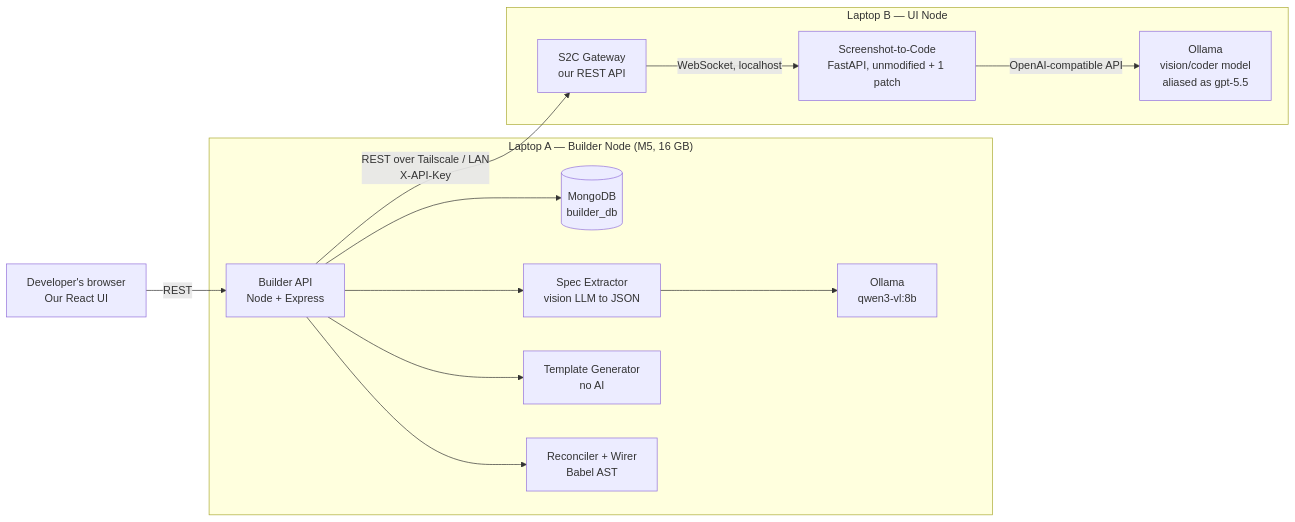
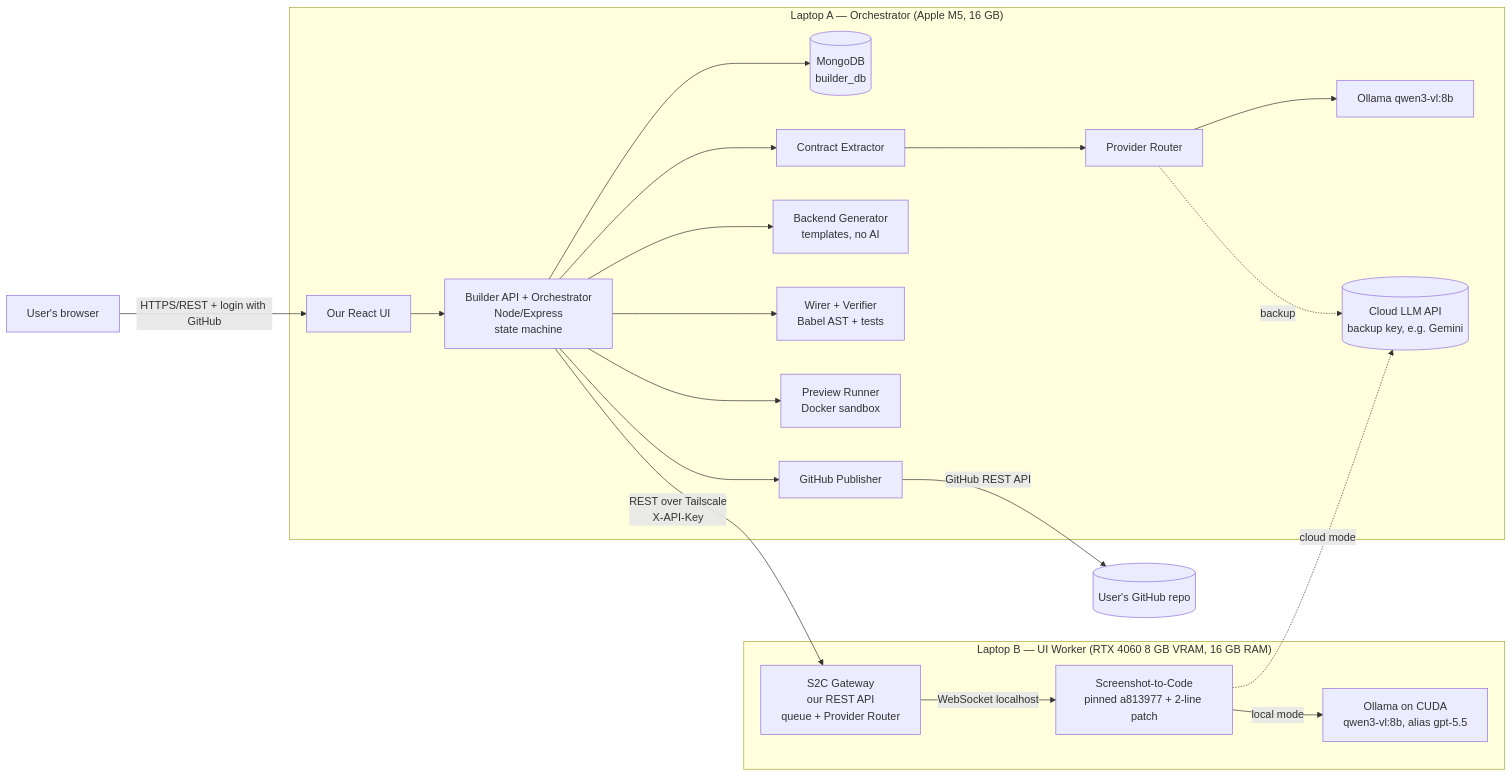
The first of 2 diagrams in ARCHITECTURE.md (harmandugri15/AndarKaCode), drawn with Mermaid before and after one commit. The commit also changed other lines of this file, not shown here.

Commit message:
Update architecture documentation

````diff
--- a/ARCHITECTURE.md
+++ b/ARCHITECTURE.md
@@ -22,26 +33,37 @@
 ```mermaid
 flowchart LR
-    U[Developer's browser<br/>Our React UI] -->|REST| API
+    USER[User's browser] -->|HTTPS/REST + login with GitHub| UI
 
-    subgraph A["Laptop A — Builder Node (M5, 16 GB)"]
-        API[Builder API<br/>Node + Express]
+    subgraph A["Laptop A — Orchestrator (Apple M5, 16 GB)"]
+        UI[Our React UI]
+        ORCH[Builder API + Orchestrator<br/>Node/Express<br/>state machine]
         DB[(MongoDB<br/>builder_db)]
-        SPEC[Spec Extractor<br/>vision LLM to JSON]
-        GEN[Template Generator<br/>no AI]
-        WIRE[Reconciler + Wirer<br/>Babel AST]
-        OA[Ollama<br/>qwen3-vl:8b]
-        API --> DB
-        API --> SPEC --> OA
-        API --> GEN
-        API --> WIRE
+        CX[Contract Extractor]
+        ROUTER_A[Provider Router]
+        OA[Ollama qwen3-vl:8b]
+        GEN[Backend Generator<br/>templates, no AI]
+        WIRE[Wirer + Verifier<br/>Babel AST + tests]
+        RUN[Preview Runner<br/>Docker sandbox]
+        PUB[GitHub Publisher]
+        UI --> ORCH --> DB
+        ORCH --> CX --> ROUTER_A --> OA
+        ROUTER_A -.backup.-> CLOUD
+        ORCH --> GEN
+        ORCH --> WIRE
+        ORCH --> RUN
+        ORCH --> PUB
     end
 
-    subgraph B["Laptop B — UI Node"]
-        GW[S2C Gateway<br/>our REST API]
-        S2C[Screenshot-to-Code<br/>FastAPI, unmodified + 1 patch]
-        OB[Ollama<br/>vision/coder model<br/>aliased as gpt-5.5]
-        GW -->|WebSocket, localhost| S2C -->|OpenAI-compatible API| OB
+    subgraph B["Laptop B — UI Worker (RTX 4060 8 GB VRAM, 16 GB RAM)"]
+        GW[S2C Gateway<br/>our REST API<br/>queue + Provider Router]
+        S2C[Screenshot-to-Code<br/>pinned a813977 + 2-line patch]
+        OB[Ollama on CUDA<br/>qwen3-vl:8b, alias gpt-5.5]
+        GW -->|WebSocket localhost| S2C
+        S2C -->|local mode| OB
+        S2C -.cloud mode.-> CLOUD
     end
 
-    API -->|REST over Tailscale / LAN<br/>X-API-Key| GW
+    CLOUD[(Cloud LLM API<br/>backup key, e.g. Gemini)]
+    ORCH -->|REST over Tailscale<br/>X-API-Key| GW
+    PUB -->|GitHub REST API| GH[(User's GitHub repo)]
 ```
````
